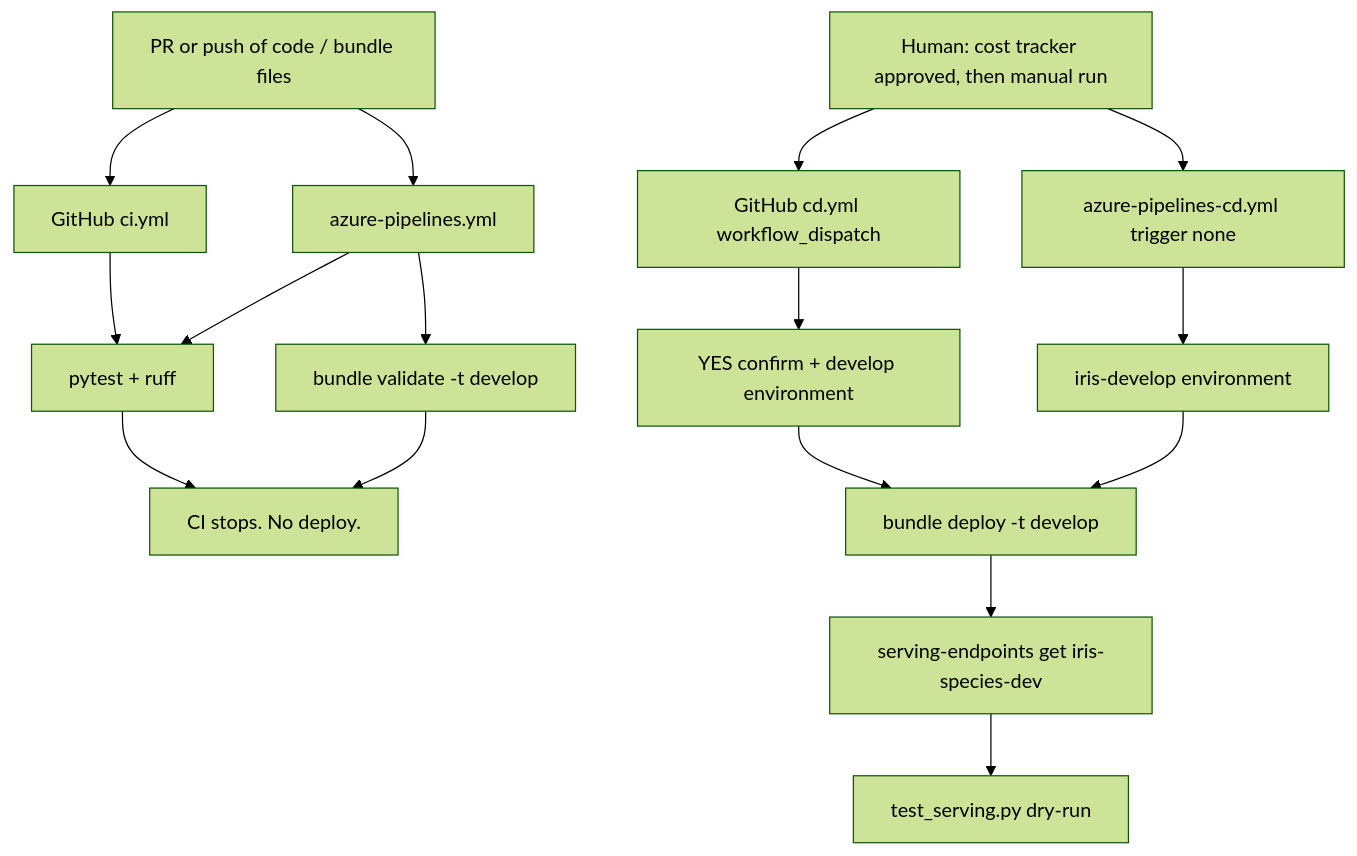
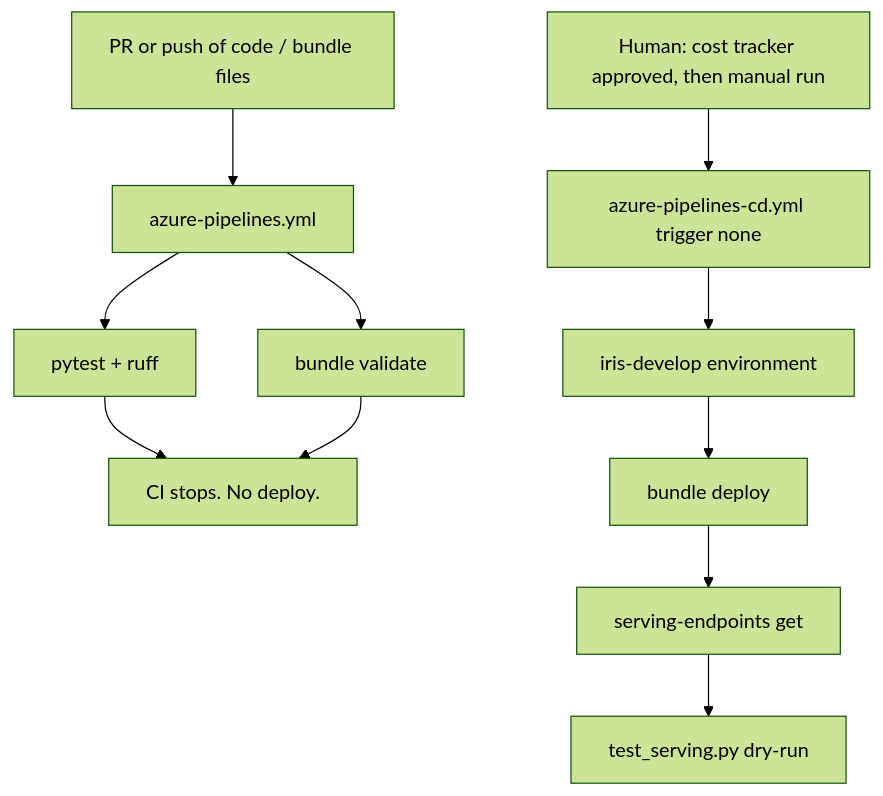
The fourth of 4 diagrams in docs/guides/eli25-databricks-productionalisation.md (akumawavez/iris-ml-prod-test), drawn with Mermaid (forest theme) before and after one commit. The commit also changed other lines of this file and 60 other files, not shown here.

First line of the commit message:
Disable GitHub Actions so CI and CD stay in Azure DevOps.

````diff
--- a/docs/guides/eli25-databricks-productionalisation.md
+++ b/docs/guides/eli25-databricks-productionalisation.md
@@ -169,18 +169,13 @@
 ```mermaid
 flowchart TD
-  change["PR or push of code / bundle files"] --> ghci["GitHub ci.yml"]
-  change --> azci["azure-pipelines.yml"]
-  ghci --> tests["pytest + ruff"]
-  azci --> tests
-  azci --> validate["bundle validate -t develop"]
+  change["PR or push of code / bundle files"] --> azci["azure-pipelines.yml"]
+  azci --> tests["pytest + ruff"]
+  azci --> validate["bundle validate"]
   tests --> stop["CI stops. No deploy."]
   validate --> stop
-  human["Human: cost tracker approved, then manual run"] --> ghcd["GitHub cd.yml workflow_dispatch"]
-  human --> azcd["azure-pipelines-cd.yml trigger none"]
-  ghcd --> gate["YES confirm + develop environment"]
+  human["Human: cost tracker approved, then manual run"] --> azcd["azure-pipelines-cd.yml trigger none"]
   azcd --> azgate["iris-develop environment"]
-  gate --> deploy["bundle deploy -t develop"]
-  azgate --> deploy
-  deploy --> verify["serving-endpoints get iris-species-dev"]
+  azgate --> deploy["bundle deploy"]
+  deploy --> verify["serving-endpoints get"]
   verify --> smoke["test_serving.py dry-run"]
 ```
````
